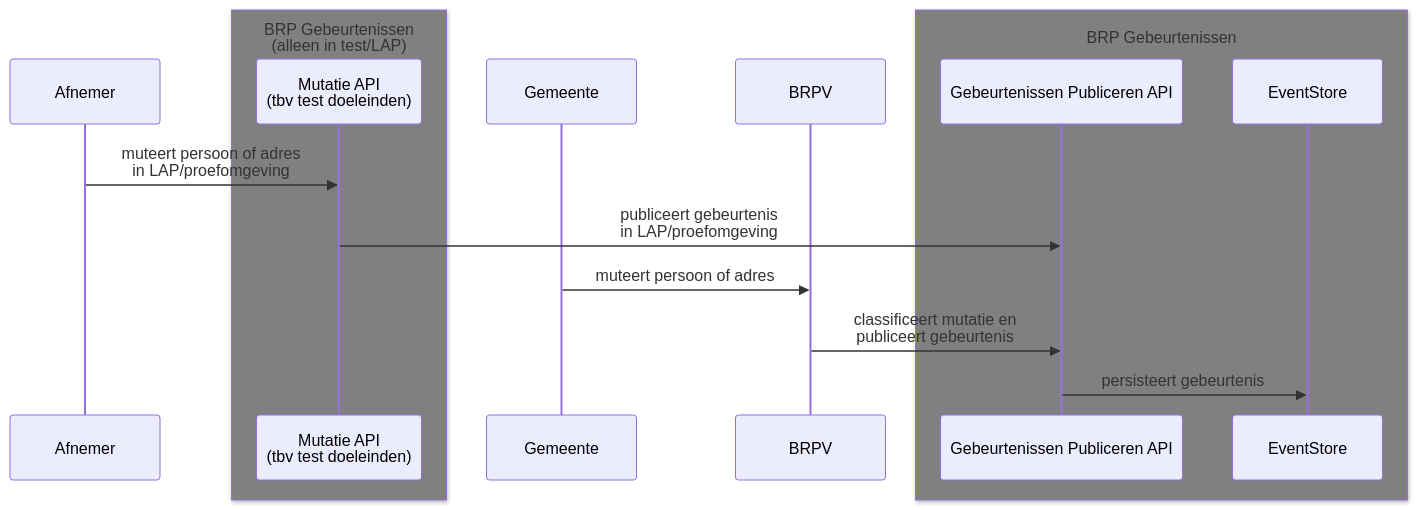
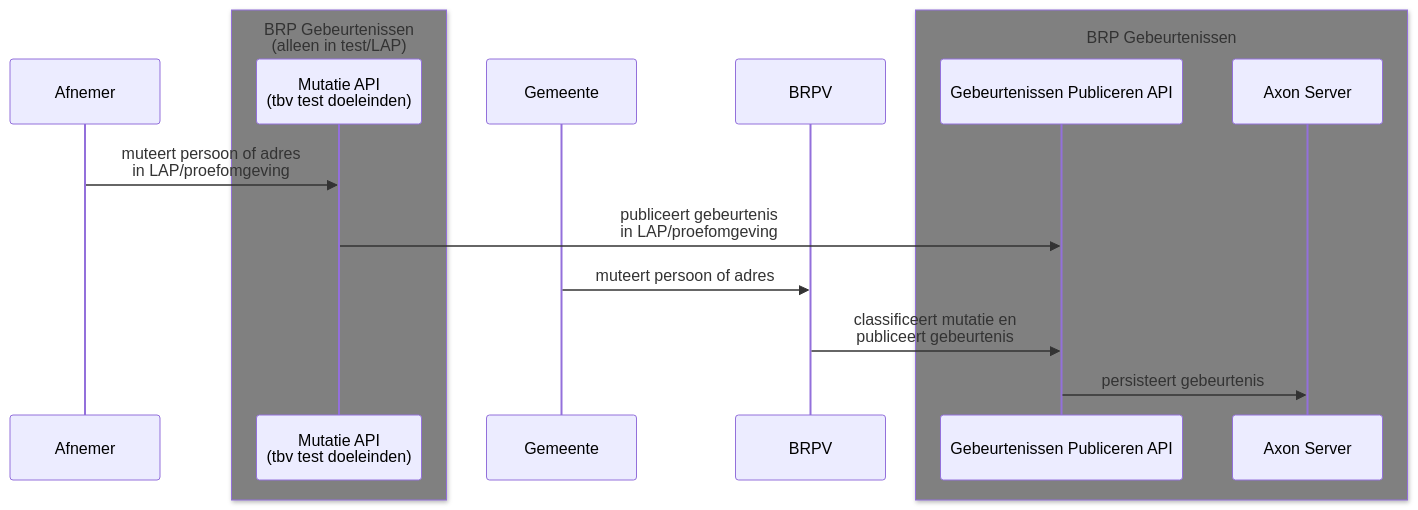
Before and after one commit to BRP-API/brp-api-gebeurtenissen: the first of 2 diagrams in architectuur/sequence-diagram.md, drawn with Mermaid. The commit also changed other lines of this file and 1 other file, not shown here.

Commit message:
chore: c4 model en sequence diagrammen aangepast

````diff
--- a/architectuur/sequence-diagram.md
+++ b/architectuur/sequence-diagram.md
@@ -2,21 +2,21 @@
 ```mermaid
 sequenceDiagram
     participant Afnemer
     box Grey BRP Gebeurtenissen<br/>(alleen in test/LAP)
         participant MA as Mutatie API<br/>(tbv test doeleinden)
     end
     participant Gemeente
     participant BRPV
     box Grey BRP Gebeurtenissen
         participant EvtApi as Gebeurtenissen Publiceren API
-        participant ES as EventStore
+        participant ES as Axon Server
     end
 
     Afnemer->>MA: muteert persoon of adres<br/>in LAP/proefomgeving
     MA->>EvtApi: publiceert gebeurtenis<br/>in LAP/proefomgeving
 
     Gemeente->>BRPV: muteert persoon of adres
     BRPV->>EvtApi: classificeert mutatie en<br/>publiceert gebeurtenis
 
     EvtApi->>ES: persisteert gebeurtenis
 ```
````
